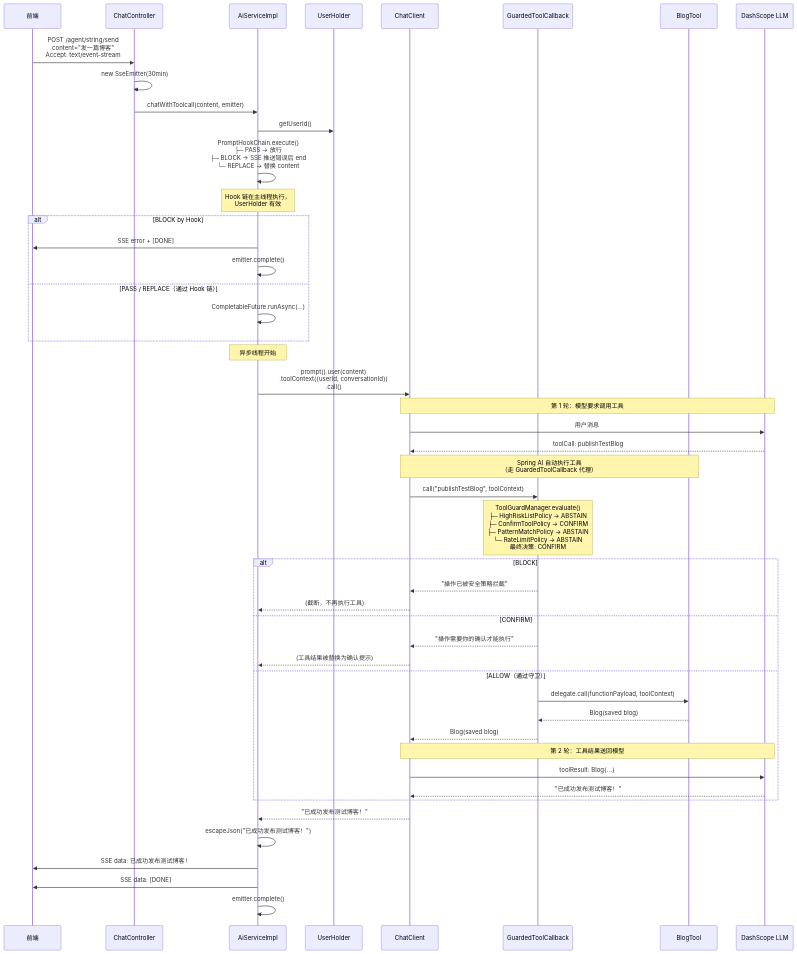
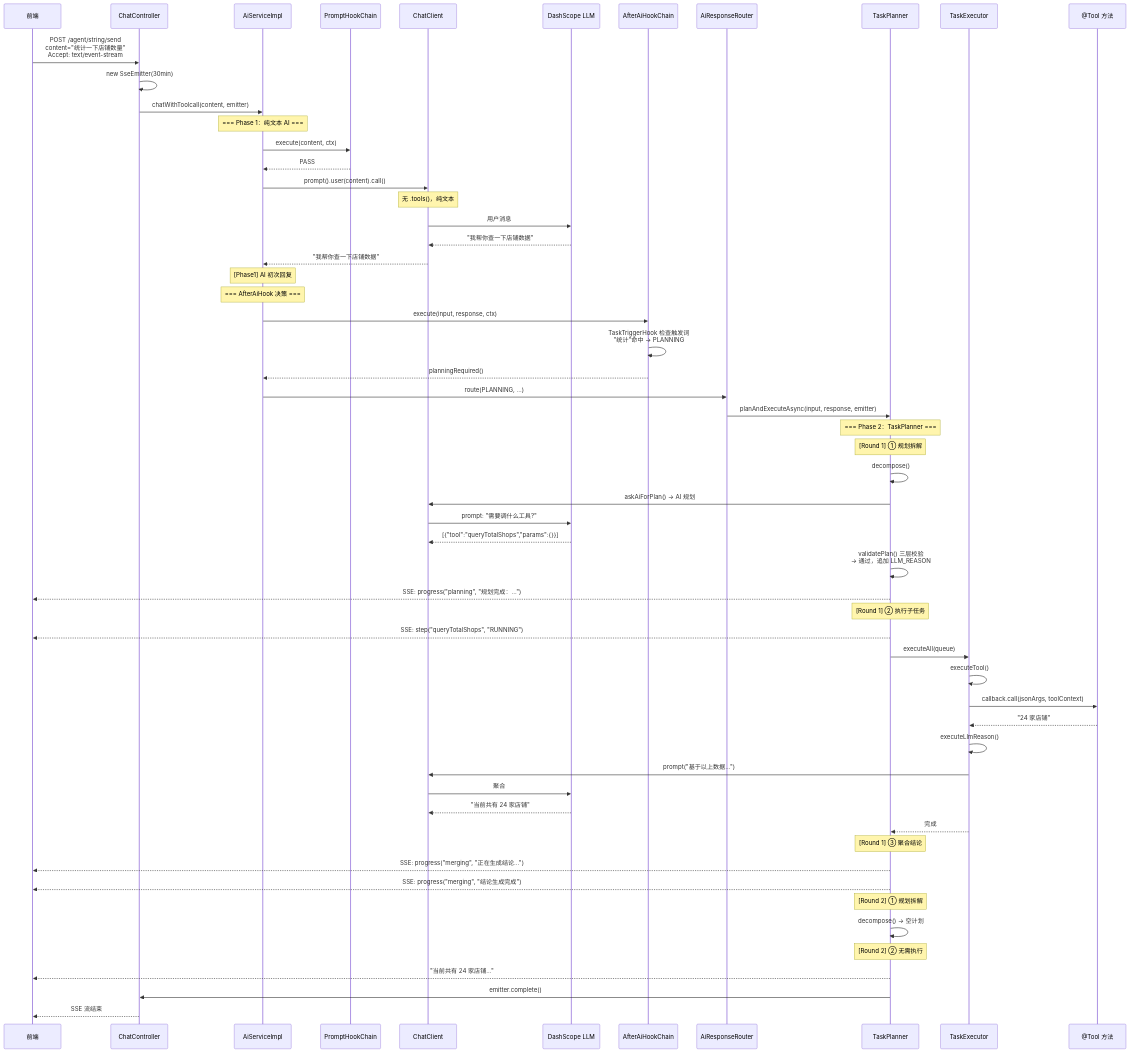
The second of 3 diagrams in md/agent/Agent模块架构设计.md (vacontinuejatotired/hm-dianping), drawn with Mermaid before and after one commit. The commit also changed other lines of this file and 2 other files, not shown here.

First line of the commit message:
docs: 更新 Agent 模块文档，记录两阶段架构设计

````diff
--- a/md/agent/Agent模块架构设计.md
+++ b/md/agent/Agent模块架构设计.md
@@ -759,63 +524,72 @@
 ```mermaid
 sequenceDiagram
     participant Client as 前端
     participant CC as ChatController
     participant AS as AiServiceImpl
-    participant UH as UserHolder
+    participant PromptHook as PromptHookChain
     participant CC2 as ChatClient
-    participant GC as GuardedToolCallback
-    participant BT as BlogTool
     participant LLM as DashScope LLM
-    
-    Client->>CC: POST /agent/string/send<br/>content="发一篇博客"<br/>Accept: text/event-stream
+    participant AfterHook as AfterAiHookChain
+    participant Router as AiResponseRouter
+    participant Planner as TaskPlanner
+    participant Executor as TaskExecutor
+    participant Tool as @Tool 方法
+
+    Client->>CC: POST /agent/string/send<br/>content="统计一下店铺数量"<br/>Accept: text/event-stream
     CC->>CC: new SseEmitter(30min)
     CC->>AS: chatWithToolcall(content, emitter)
-    AS->>UH: getUserId()
-    AS->>AS: PromptHookChain.execute()<br/>├─ PASS → 放行<br/>├─ BLOCK → SSE 推送错误后 end<br/>└─ REPLACE → 替换 content
-    
-    Note over AS: Hook 链在主线程执行，<br/>UserHolder 有效
-    
-    alt BLOCK by Hook
-        AS->>Client: SSE error + [DONE]
-        AS->>AS: emitter.complete()
-    else PASS / REPLACE（通过 Hook 链）
-    
-    AS->>AS: CompletableFuture.runAsync(...)
-    end
-    
-    Note over AS: 异步线程开始
-    
-    AS->>CC2: prompt().user(content)<br/>.toolContext({userId, conversationId})<br/>.call()
-    
-    Note over CC2,LLM: 第 1 轮：模型要求调用工具
+
+    Note over AS: === Phase 1：纯文本 AI ===
+    AS->>PromptHook: execute(content, ctx)
+    PromptHook-->>AS: PASS
+
+    AS->>CC2: prompt().user(content).call()
+    Note over CC2: 无 .tools()，纯文本
     CC2->>LLM: 用户消息
-    LLM-->>CC2: toolCall: publishTestBlog
-    
-    Note over CC2,BT: Spring AI 自动执行工具<br/>（走 GuardedToolCallback 代理）
-    CC2->>GC: call("publishTestBlog", toolContext)
+    LLM-->>CC2: "我帮你查一下店铺数据"
+    CC2-->>AS: "我帮你查一下店铺数据"
+    Note over AS: [Phase1] AI 初次回复
 
-    Note over GC: ToolGuardManager.evaluate()<br/>├─ HighRiskListPolicy -> ABSTAIN<br/>├─ ConfirmToolPolicy  -> CONFIRM<br/>├─ PatternMatchPolicy -> ABSTAIN<br/>└─ RateLimitPolicy    -> ABSTAIN<br/>最终决策: CONFIRM
+    Note over AS: === AfterAiHook 决策 ===
+    AS->>AfterHook: execute(input, response, ctx)
+    AfterHook->>AfterHook: TaskTriggerHook 检查触发词<br/>"统计"命中 → PLANNING
+    AfterHook-->>AS: planningRequired()
 
-    alt BLOCK
-        GC-->>CC2: "操作已被安全策略拦截"
-        CC2-->>AS: (截断，不再执行工具)
-    else CONFIRM
-        GC-->>CC2: "操作需要你的确认才能执行"
-        CC2-->>AS: (工具结果被替换为确认提示)
-    else ALLOW（通过守卫）
-        GC->>BT: delegate.call(functionPayload, toolContext)
-        BT-->>GC: Blog(saved blog)
-        GC-->>CC2: Blog(saved blog)
+    AS->>Router: route(PLANNING, ...)
+    Router->>Planner: planAndExecuteAsync(input, response, emitter)
 
-        Note over CC2,LLM: 第 2 轮：工具结果送回模型
-        CC2->>LLM: toolResult: Blog{...}
-        LLM-->>CC2: "已成功发布测试博客！"
-    end
-    
-    CC2-->>AS: "已成功发布测试博客！"
-    
-    AS->>AS: escapeJson("已成功发布测试博客！")
-    AS->>Client: SSE data: 已成功发布测试博客！
-    AS->>Client: SSE data: [DONE]
-    AS->>AS: emitter.complete()
+    Note over Planner: === Phase 2：TaskPlanner ===
+    Note over Planner: [Round 1] ① 规划拆解
+    Planner->>Planner: decompose()
+    Planner->>CC2: askAiForPlan() → AI 规划
+    CC2->>LLM: prompt: "需要调什么工具?"
+    LLM-->>CC2: [{"tool":"queryTotalShops","params":{}}]
+    Planner->>Planner: validatePlan() 三层校验<br/>→ 通过，追加 LLM_REASON
+
+    Planner-->>Client: SSE: progress("planning", "规划完成：...")
+
+    Note over Planner: [Round 1] ② 执行子任务
+    Planner-->>Client: SSE: step("queryTotalShops", "RUNNING")
+
+    Planner->>Executor: executeAll(queue)
+    Executor->>Executor: executeTool()
+    Executor->>Tool: callback.call(jsonArgs, toolContext)
+    Tool-->>Executor: "24 家店铺"
+    Executor->>Executor: executeLlmReason()
+    Executor->>CC2: prompt("基于以上数据...")
+    CC2->>LLM: 聚合
+    LLM-->>CC2: "当前共有 24 家店铺"
+    Executor-->>Planner: 完成
+
+    Note over Planner: [Round 1] ③ 聚合结论
+    Planner-->>Client: SSE: progress("merging", "正在生成结论...")
+    Planner-->>Client: SSE: progress("merging", "结论生成完成")
+
+    Note over Planner: [Round 2] ① 规划拆解
+    Planner->>Planner: decompose() → 空计划
+    Note over Planner: [Round 2] ② 无需执行
+
+    Planner-->>Client: "当前共有 24 家店铺..."
+    Planner->>CC: emitter.complete()
+    CC-->>Client: SSE 流结束
 ```
````
